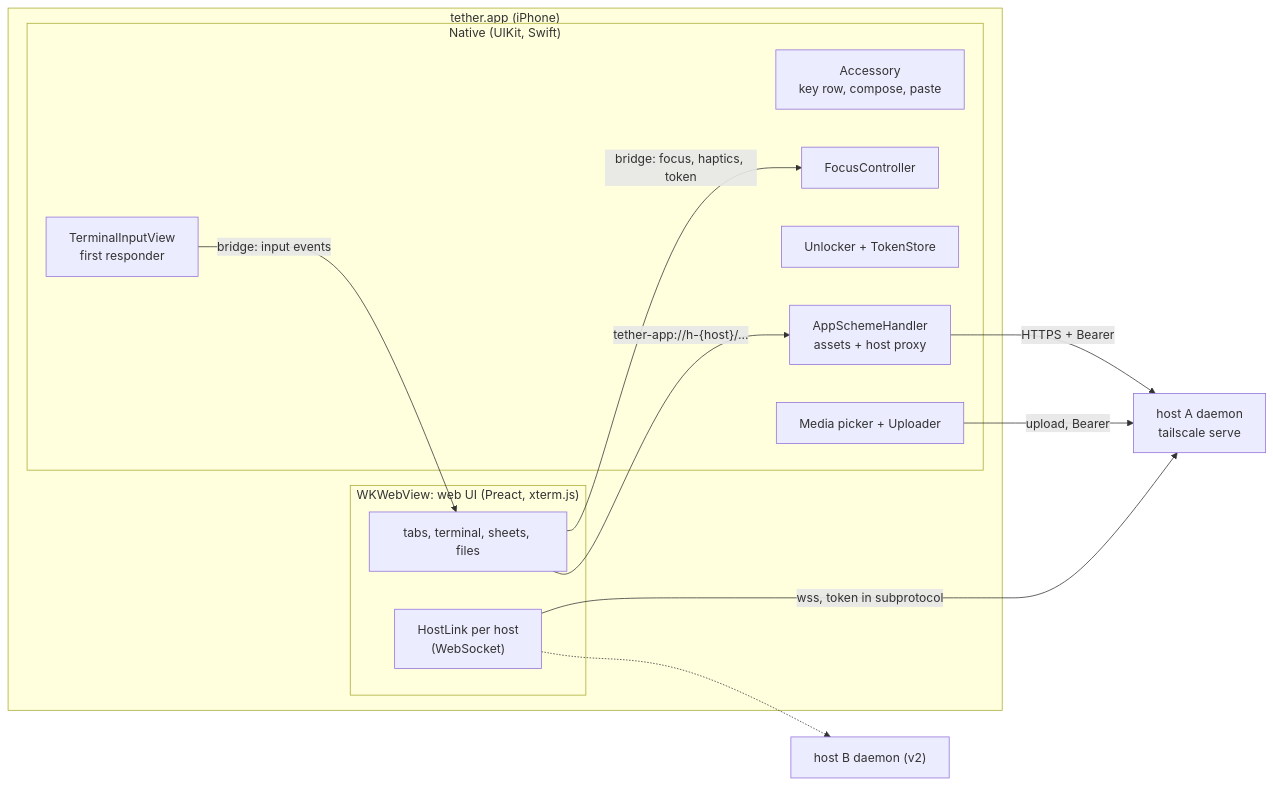
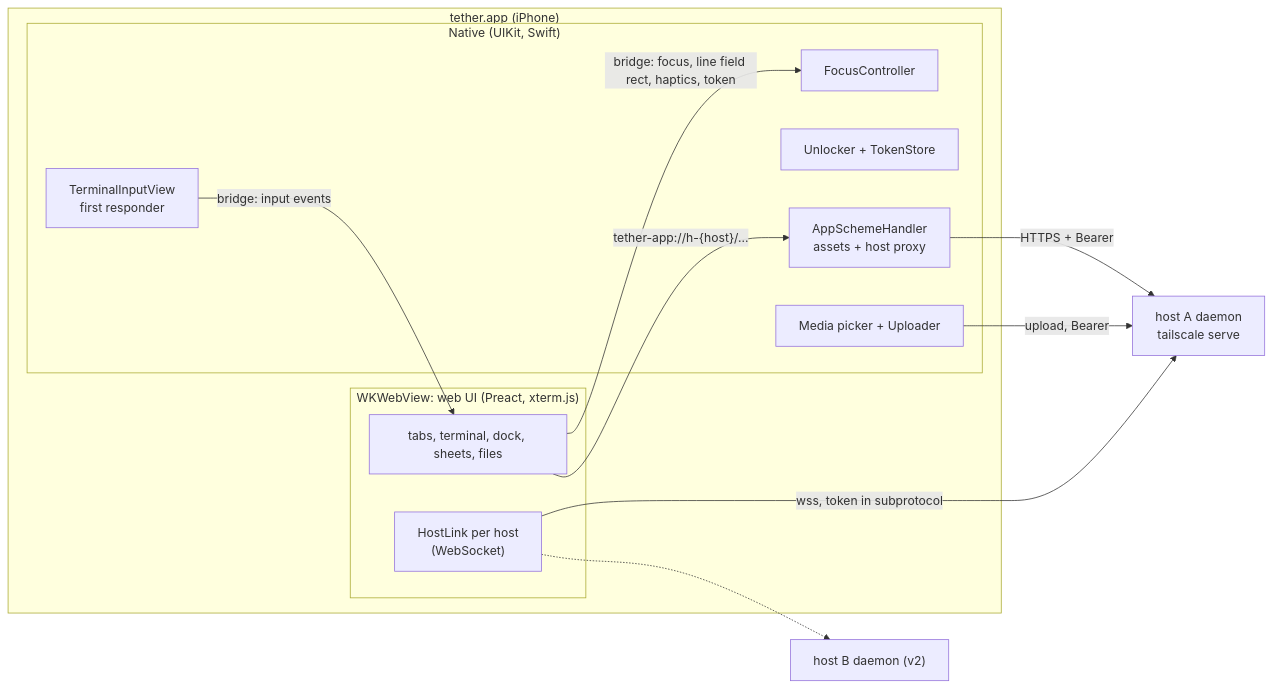
Before and after one commit to haowjy/tether: the diagram in docs/design/ios-shell.md, drawn with Mermaid. The commit also changed other lines of this file and 60 other files, not shown here.

````diff
--- a/docs/design/ios-shell.md
+++ b/docs/design/ios-shell.md
@@ -21,26 +22,25 @@
 ```mermaid
 flowchart LR
   subgraph app["tether.app (iPhone)"]
     subgraph native["Native (UIKit, Swift)"]
       input["TerminalInputView<br/>first responder"]
-      acc["Accessory<br/>key row, compose, paste"]
       focus["FocusController"]
       auth["Unlocker + TokenStore"]
       scheme["AppSchemeHandler<br/>assets + host proxy"]
       media["Media picker + Uploader"]
     end
     subgraph web["WKWebView: web UI (Preact, xterm.js)"]
-      ui["tabs, terminal, sheets, files"]
+      ui["tabs, terminal, dock, sheets, files"]
       link["HostLink per host<br/>(WebSocket)"]
     end
   end
   h1["host A daemon<br/>tailscale serve"]
   h2["host B daemon (v2)"]
   input -- "bridge: input events" --> ui
-  ui -- "bridge: focus, haptics, token" --> focus
+  ui -- "bridge: focus, line field rect, haptics, token" --> focus
   ui -- "tether-app://h-{host}/…" --> scheme
   scheme -- "HTTPS + Bearer" --> h1
   media -- "upload, Bearer" --> h1
   link -- "wss, token in subprotocol" --> h1
   link -.-> h2
 ```
````
